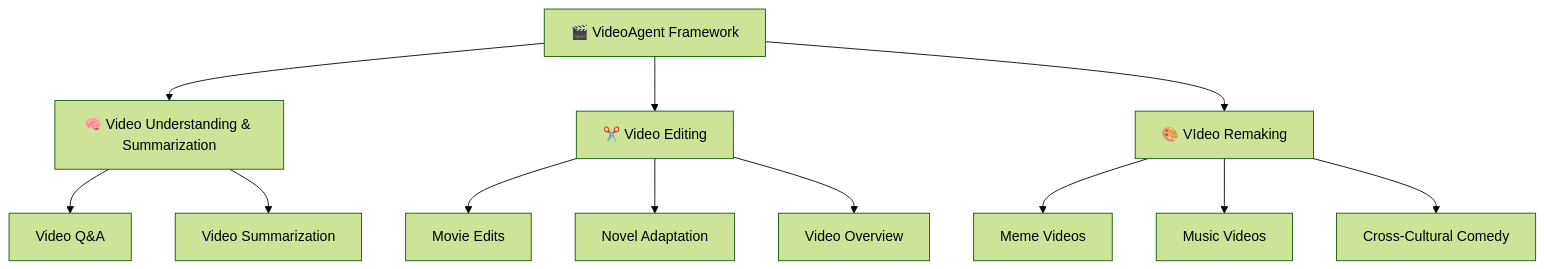
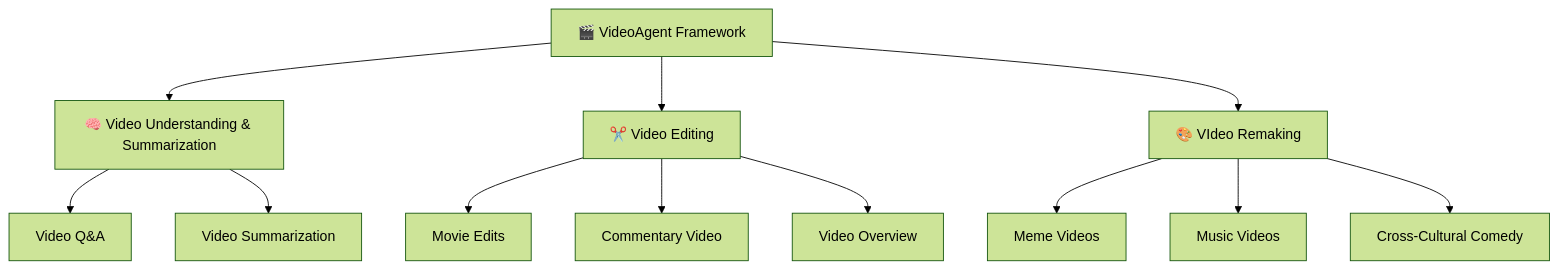
The diagram in readme.md (Quocadmin/VideoAgent), drawn with Mermaid (forest theme) before and after one commit. The commit also changed other lines of this file, not shown here.

Commit message:
Update readme.md
Change from Novel to Screen to Commentary Video in ENG readme

````diff
--- a/readme.md
+++ b/readme.md
@@ -50,17 +50,17 @@
 ```mermaid
 graph TB
     A[🎬 VideoAgent Framework] --> B[🧠 Video Understanding & Summarization]
     A --> C[✂️ Video Editing]
     A --> D[🎨 VIdeo Remaking]
     
     B --> B1[Video Q&A]
     B --> B2[Video Summarization]
     
     C --> C1[Movie Edits]
-    C --> C2[Novel Adaptation]
+    C --> C2[Commentary Video]
     C --> C3[Video Overview]
     
     D --> D1[Meme Videos]
     D --> D2[Music Videos]
     D --> D3[Cross-Cultural Comedy]
 ```
````
